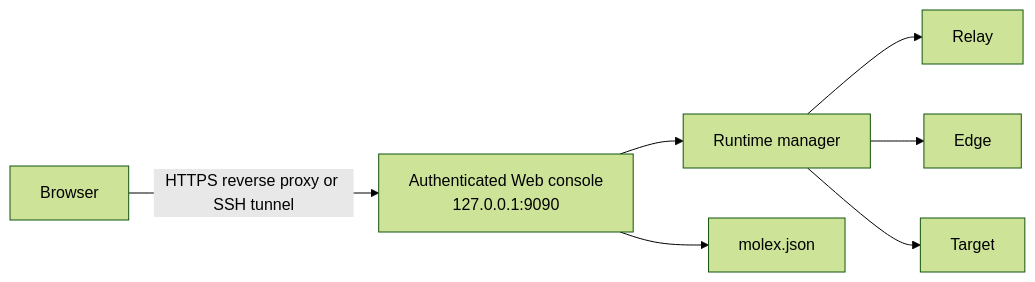
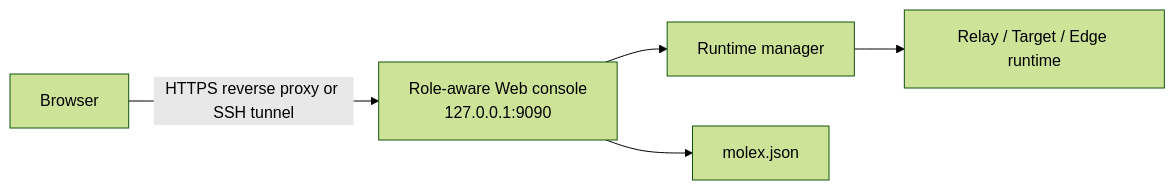
One commit to suifei/molex changed the second of 4 diagrams in docs/architecture.md. Above: the diagram before and after it, drawn with Mermaid (forest theme). The commit also changed other lines of this file and 71 other files, not shown here.

First line of the commit message:
Release MoleX v0.4.0 with the v2 token-group architecture.

````diff
--- a/docs/architecture.md
+++ b/docs/architecture.md
@@ -37,9 +39,7 @@
 ```mermaid
 flowchart LR
-    Browser["Browser"] -->|"HTTPS reverse proxy or SSH tunnel"| Web["Authenticated Web console\n127.0.0.1:9090"]
+    Browser["Browser"] -->|"HTTPS reverse proxy or SSH tunnel"| Web["Role-aware Web console\n127.0.0.1:9090"]
     Web --> Manager["Runtime manager"]
-    Manager --> RelayRole["Relay"]
-    Manager --> EdgeRole["Edge"]
-    Manager --> TargetRole["Target"]
+    Manager --> Role["Relay / Target / Edge runtime"]
     Web --> Config["molex.json"]
 ```
````
